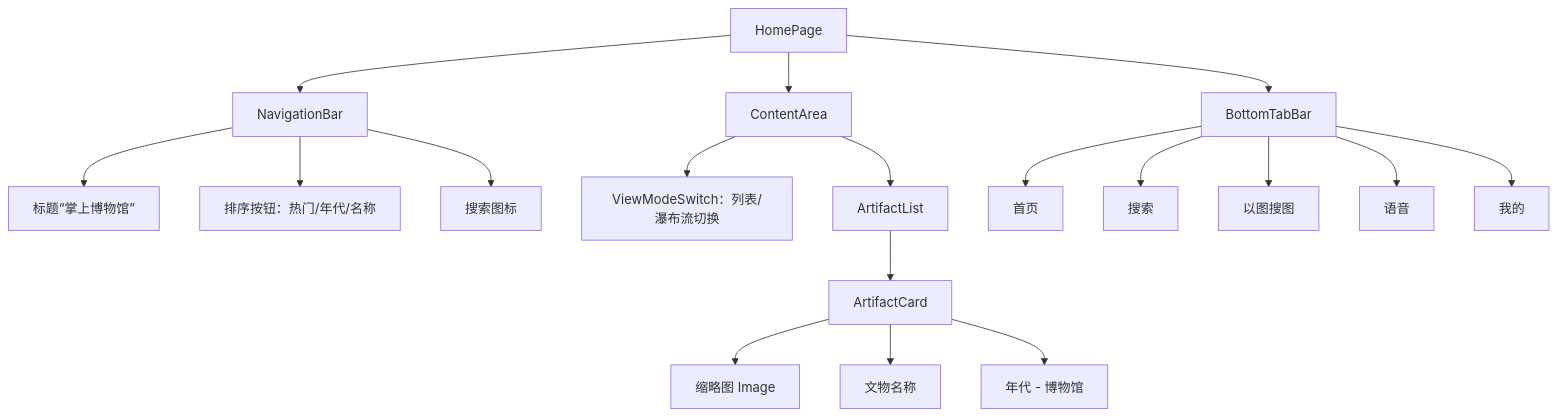
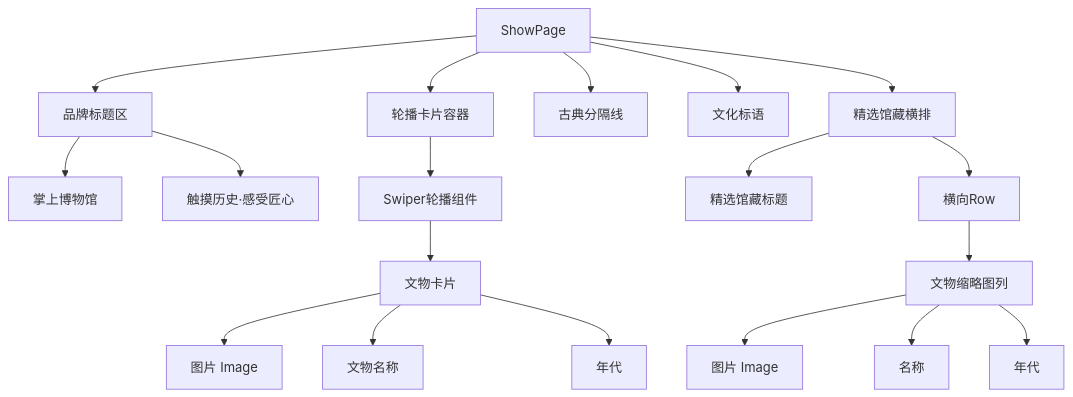
The third of 13 diagrams in Doc/设计文档.md (BUCT-CS2301/PalmMuseum), drawn with Mermaid before and after one commit. The commit also changed other lines of this file and 14 other files, not shown here.

````diff
--- a/Doc/设计文档.md
+++ b/Doc/设计文档.md
@@ -417,23 +414,24 @@
 ```mermaid
 flowchart TD
-    A[HomePage] --> B[NavigationBar]
-    A --> C[ContentArea]
-    A --> D[BottomTabBar]
+    A[ShowPage] --> B[品牌标题区]
+    A --> C[轮播卡片容器]
+    A --> D[古典分隔线]
+    A --> E[文化标语]
+    A --> F[精选馆藏横排]
 
-    B --> B1[标题“掌上博物馆”]
-    B --> B2[排序按钮：热门/年代/名称]
-    B --> B3[搜索图标]
+    B --> B1[掌上博物馆]
+    B --> B2[触摸历史·感受匠心]
 
-    C --> C1[ViewModeSwitch：列表/瀑布流切换]
-    C --> C2[ArtifactList]
-    C2 --> C3[ArtifactCard]
-    C3 --> C4[缩略图 Image]
-    C3 --> C5[文物名称]
-    C3 --> C6[年代 - 博物馆]
+    C --> C1[Swiper轮播组件]
+    C1 --> C2[文物卡片]
+    C2 --> C3[图片 Image]
+    C2 --> C4[文物名称]
+    C2 --> C5[年代]
 
-    D --> D1[首页]
-    D --> D2[搜索]
-    D --> D3[以图搜图]
-    D --> D4[语音]
-    D --> D5[我的]
+    F --> F1[精选馆藏标题]
+    F --> F2[横向Row]
+    F2 --> F3[文物缩略图列]
+    F3 --> F4[图片 Image]
+    F3 --> F5[名称]
+    F3 --> F6[年代]
 ```
````
